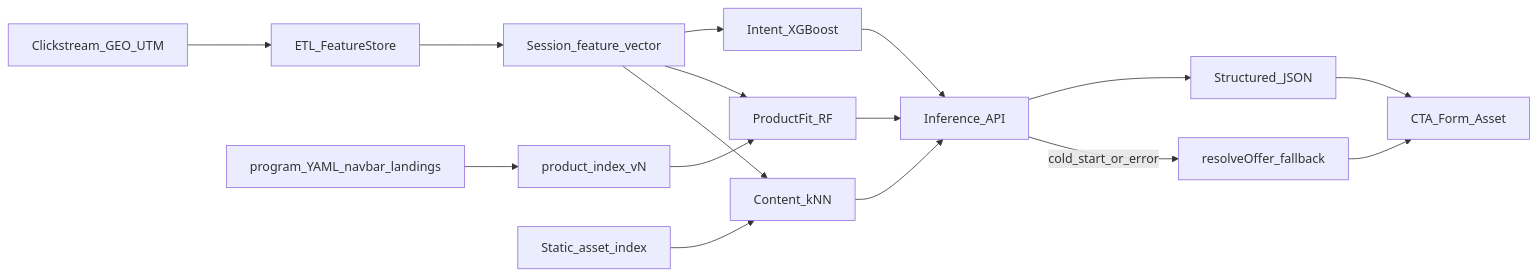
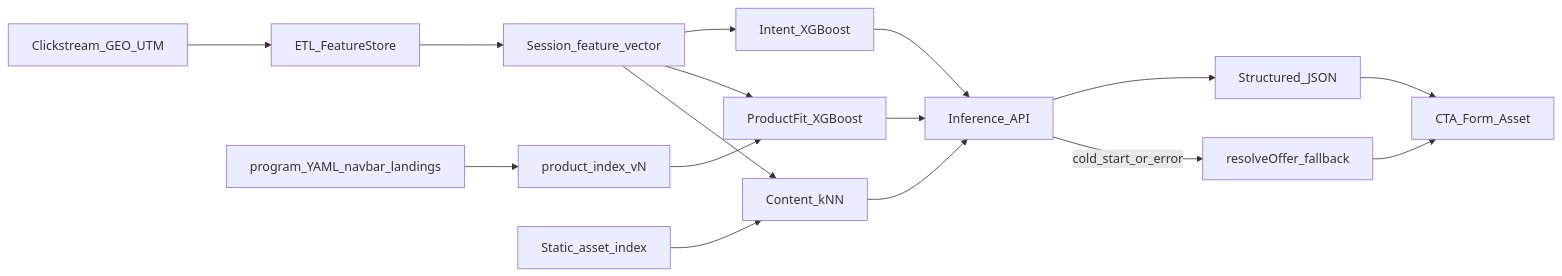
One commit to alejandrojmnzz/website-v3 changed the first of 2 diagrams in .cursor/plans/recomendador_ml_tradicional.md. Above: the diagram before and after it, drawn with Mermaid. The commit also changed other lines of this file, not shown here.

First line of the commit message:
docs: clarify asset k-NN nurturing and lock product-fit on XGBoost

````diff
--- a/.cursor/plans/recomendador_ml_tradicional.md
+++ b/.cursor/plans/recomendador_ml_tradicional.md
@@ -79,18 +85,18 @@
 ```mermaid
 flowchart LR
   events[Clickstream_GEO_UTM] --> etl[ETL_FeatureStore]
   etl --> features[Session_feature_vector]
   features --> intent[Intent_XGBoost]
-  features --> fit[ProductFit_RF]
+  features --> fit[ProductFit_XGBoost]
   intent --> serve[Inference_API]
   fit --> serve
   programs[program_YAML_navbar_landings] --> productIdx[product_index_vN]
   productIdx --> fit
   catalog[Static_asset_index] --> rec[Content_kNN]
   features --> rec
   rec --> serve
   serve --> json[Structured_JSON]
   json --> ui[CTA_Form_Asset]
   serve -->|cold_start_or_error| rules[resolveOffer_fallback]
   rules --> ui
 ```
````
